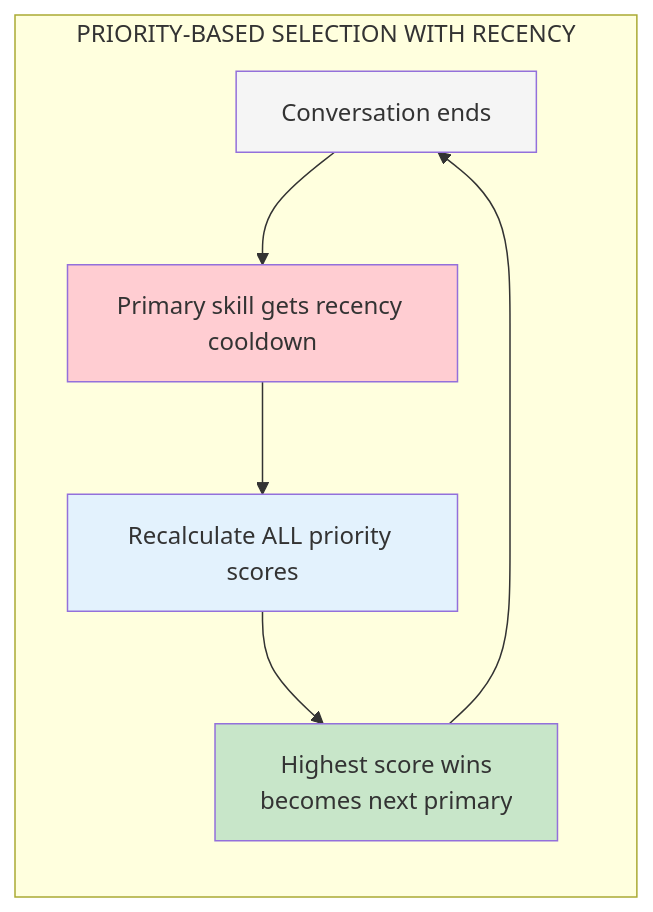
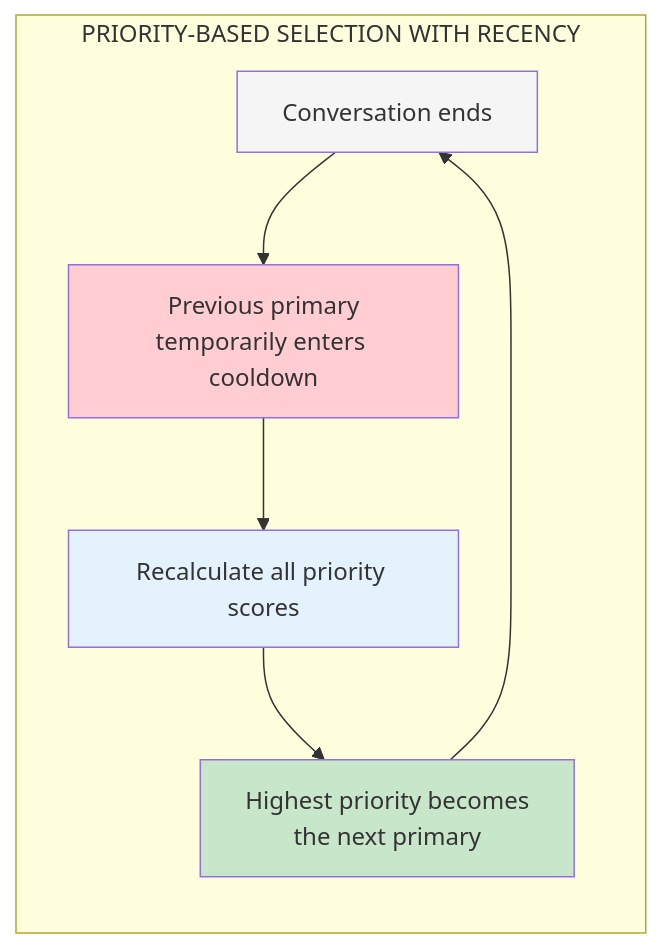
The second of 3 diagrams in docs/mintlify-src/adaptive-mastery.mdx (anshika410/English_learning_flutter_app), drawn with Mermaid before and after one commit.

Commit message:
docs: update recency diagram wording to match recommended phrasing

````diff
--- a/docs/mintlify-src/adaptive-mastery.mdx
+++ b/docs/mintlify-src/adaptive-mastery.mdx
@@ -81,15 +81,15 @@
 ```mermaid
 flowchart TB
     subgraph RECENCY["PRIORITY-BASED SELECTION WITH RECENCY"]
         direction TB
-        R1[Conversation ends] --> R2[Primary skill gets recency cooldown]
-        R2 --> R3[Recalculate ALL priority scores]
-        R3 --> R4[Highest score wins<br/>becomes next primary]
+        R1[Conversation ends] --> R2[Previous primary<br/>temporarily enters cooldown]
+        R2 --> R3[Recalculate all priority scores]
+        R3 --> R4[Highest priority becomes<br/>the next primary]
         R4 --> R1
     end
 
     style R1 fill:#f5f5f5
     style R2 fill:#ffcdd2
     style R3 fill:#e3f2fd
     style R4 fill:#c8e6c9
 ```
````
